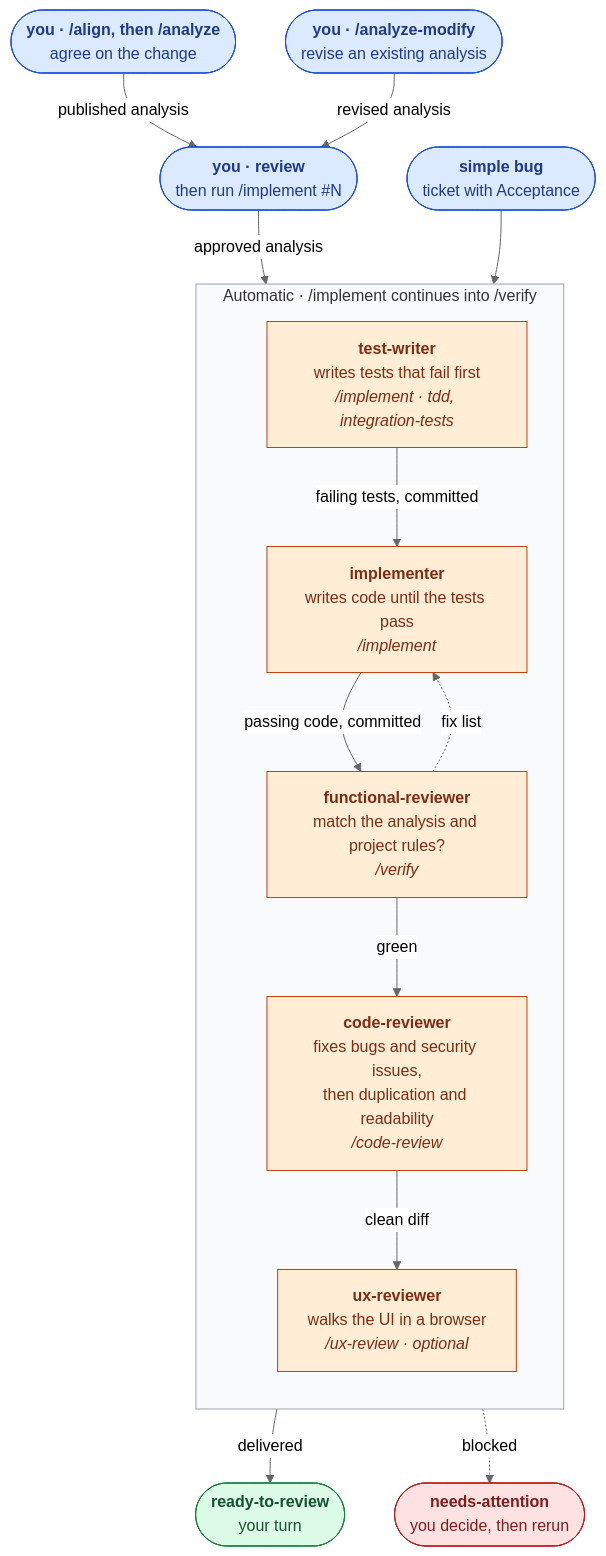
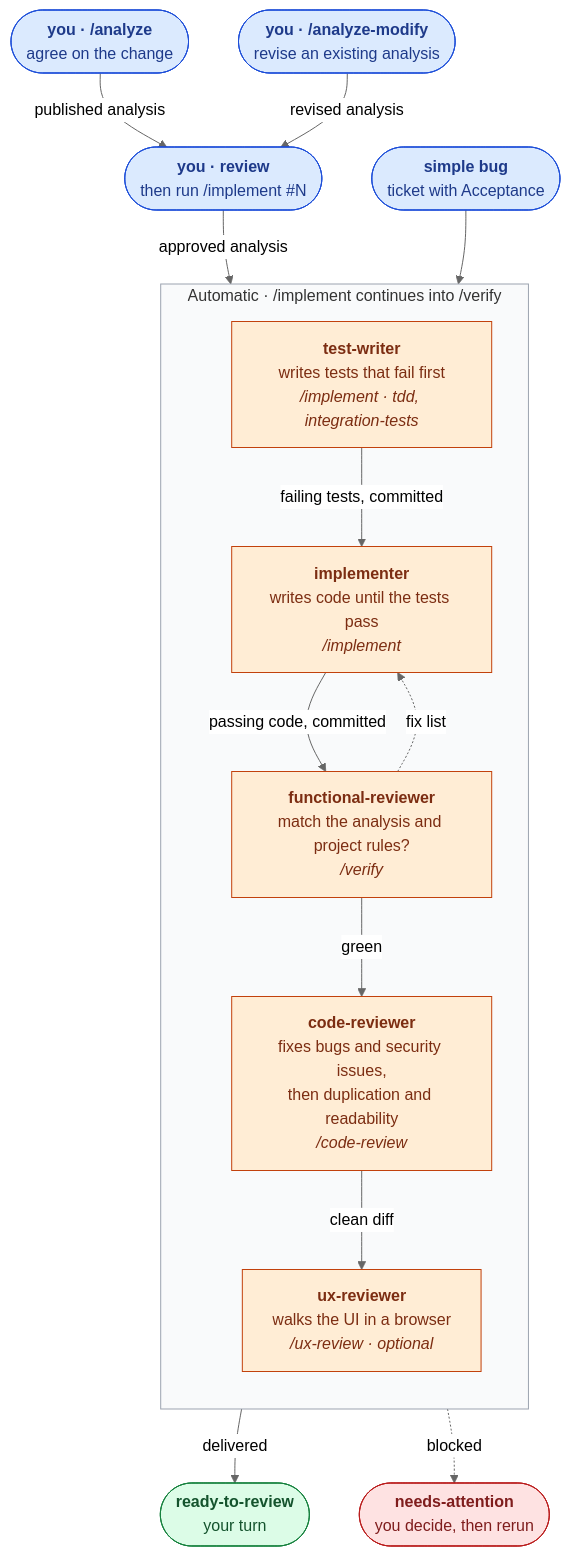
Before and after one commit to rdurica/enterprise-engineering-skills: the diagram in README.md, drawn with Mermaid (neutral theme). The commit also changed other lines of this file and 7 other files, not shown here.

First line of the commit message:
refactor(analyze): merge align into analyze and stop writing ADRs

````diff
--- a/README.md
+++ b/README.md
@@ -22,41 +22,41 @@
 ```mermaid
 flowchart TD
-    Align(["<b>you · /align, then /analyze</b><br/>agree on the change"])
+    Analyze(["<b>you · /analyze</b><br/>agree on the change"])
     Review(["<b>you · review</b><br/>then run /implement #N"])
     Bug(["<b>simple bug</b><br/>ticket with Acceptance"])
     Modify(["<b>you · /analyze-modify</b><br/>revise an existing analysis"])
 
     subgraph Auto["Automatic · /implement continues into /verify"]
         direction TB
         testWriter["<b>test-writer</b><br/>writes tests that fail first<br/><i>/implement · tdd, integration-tests</i>"]
         implementer["<b>implementer</b><br/>writes code until the tests pass<br/><i>/implement</i>"]
         functional["<b>functional-reviewer</b><br/>match the analysis and project rules?<br/><i>/verify</i>"]
         codeReview["<b>code-reviewer</b><br/>fixes bugs and security issues,<br/>then duplication and readability<br/><i>/code-review</i>"]
         ux["<b>ux-reviewer</b><br/>walks the UI in a browser<br/><i>/ux-review · optional</i>"]
 
         testWriter -- "failing tests, committed" --> implementer
         implementer -- "passing code, committed" --> functional
         functional -. "fix list" .-> implementer
         functional -- "green" --> codeReview
         codeReview -- "clean diff" --> ux
     end
 
     Ready(["<b>ready-to-review</b><br/>your turn"])
     Attention(["<b>needs-attention</b><br/>you decide, then rerun"])
 
-    Align -- "published analysis" --> Review -- "approved analysis" --> testWriter
+    Analyze -- "published analysis" --> Review -- "approved analysis" --> testWriter
     Modify -- "revised analysis" --> Review
     Bug --> testWriter
     ux -- "delivered" --> Ready
     Auto -. "blocked" .-> Attention
 
     classDef human fill:#dbeafe,stroke:#1d4ed8,color:#1e3a8a
     classDef agent fill:#ffedd5,stroke:#c2410c,color:#7c2d12
     classDef ready fill:#dcfce7,stroke:#15803d,color:#14532d
     classDef blocked fill:#fee2e2,stroke:#b91c1c,color:#7f1d1d
-    class Align,Review,Bug,Modify human
+    class Analyze,Review,Bug,Modify human
     class testWriter,implementer,functional,codeReview,ux agent
     class Ready ready
     class Attention blocked
     style Auto fill:#f9fafb,stroke:#9ca3af
 ```
````
